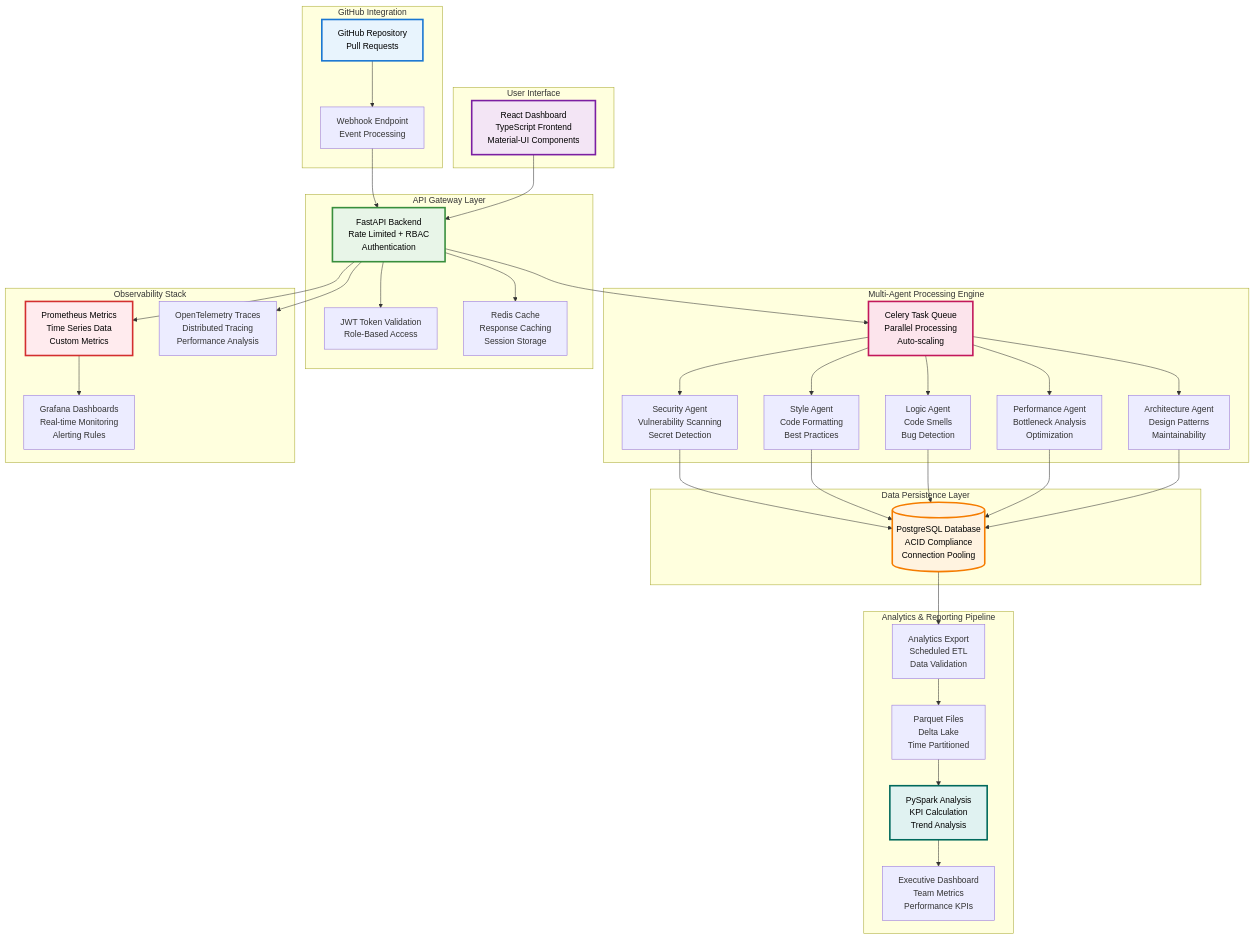
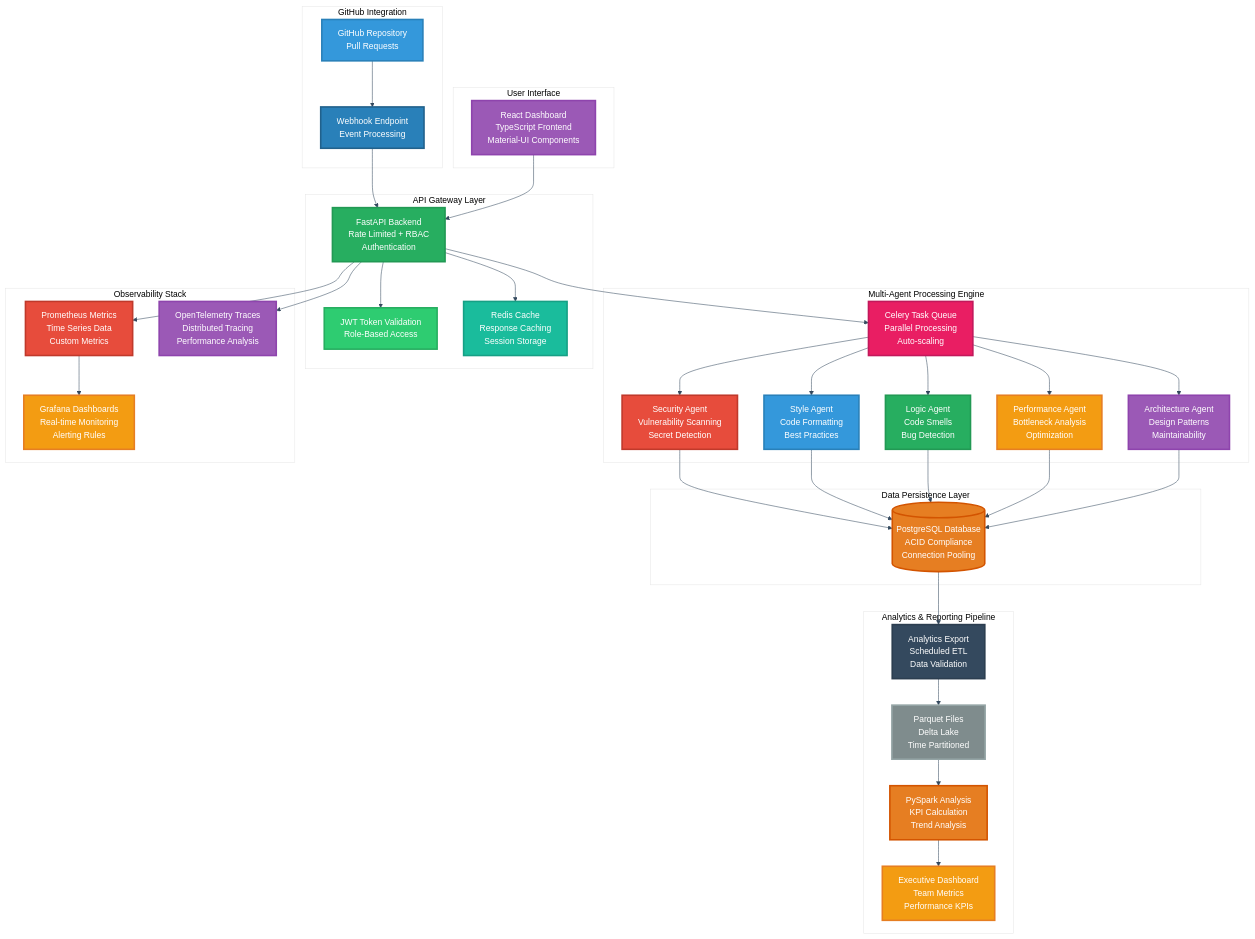
Before and after one commit to PriscillaOng12/AI-Code-Review-Squad: the third of 20 diagrams in README.md, drawn with Mermaid. The commit also changed other lines of this file, not shown here.

````diff
--- a/README.md
+++ b/README.md
@@ -75,54 +77,74 @@
 ```mermaid
+%%{init: {'theme': 'base', 'themeVariables': {'primaryColor': '#ffffff', 'primaryTextColor': '#2c3e50', 'primaryBorderColor': '#2c3e50', 'lineColor': '#34495e', 'secondaryColor': '#ffffff', 'tertiaryColor': '#ffffff', 'background': '#ffffff', 'mainBkg': '#ffffff', 'secondBkg': '#ffffff', 'tertiaryBkg': '#ffffff'}}}%%
 graph TB
     subgraph "GitHub Integration"
         GH[GitHub Repository<br/>Pull Requests] --> WH[Webhook Endpoint<br/>Event Processing]
     end
     
     subgraph "API Gateway Layer"
         WH --> API[FastAPI Backend<br/>Rate Limited + RBAC<br/>Authentication]
         API --> AUTH[JWT Token Validation<br/>Role-Based Access]
         API --> CACHE[Redis Cache<br/>Response Caching<br/>Session Storage]
     end
     
     subgraph "Multi-Agent Processing Engine"
         API --> QUEUE[Celery Task Queue<br/>Parallel Processing<br/>Auto-scaling]
         QUEUE --> AGENT1[Security Agent<br/>Vulnerability Scanning<br/>Secret Detection]
         QUEUE --> AGENT2[Style Agent<br/>Code Formatting<br/>Best Practices]
         QUEUE --> AGENT3[Logic Agent<br/>Code Smells<br/>Bug Detection]
         QUEUE --> AGENT4[Performance Agent<br/>Bottleneck Analysis<br/>Optimization]
         QUEUE --> AGENT5[Architecture Agent<br/>Design Patterns<br/>Maintainability]
     end
     
     subgraph "Data Persistence Layer"
         AGENT1 --> DB[(PostgreSQL Database<br/>ACID Compliance<br/>Connection Pooling)]
         AGENT2 --> DB
         AGENT3 --> DB
         AGENT4 --> DB
         AGENT5 --> DB
     end
     
     subgraph "Analytics & Reporting Pipeline"
         DB --> EXPORT[Analytics Export<br/>Scheduled ETL<br/>Data Validation]
         EXPORT --> PARQUET[Parquet Files<br/>Delta Lake<br/>Time Partitioned]
         PARQUET --> SPARK[PySpark Analysis<br/>KPI Calculation<br/>Trend Analysis]
         SPARK --> METRICS[Executive Dashboard<br/>Team Metrics<br/>Performance KPIs]
     end
     
     subgraph "Observability Stack"
         API --> PROM[Prometheus Metrics<br/>Time Series Data<br/>Custom Metrics]
         PROM --> GRAF[Grafana Dashboards<br/>Real-time Monitoring<br/>Alerting Rules]
         API --> OTEL[OpenTelemetry Traces<br/>Distributed Tracing<br/>Performance Analysis]
     end
     
     subgraph "User Interface"
         UI[React Dashboard<br/>TypeScript Frontend<br/>Material-UI Components] --> API
     end
     
-    style GH fill:#e8f4fd,stroke:#1976d2,stroke-width:3px,color:#000000
-    style API fill:#e8f5e8,stroke:#388e3c,stroke-width:3px,color:#000000
-    style DB fill:#fff3e0,stroke:#f57c00,stroke-width:3px,color:#000000
-    style QUEUE fill:#fce4ec,stroke:#c2185b,stroke-width:3px,color:#000000
-    style UI fill:#f3e5f5,stroke:#7b1fa2,stroke-width:3px,color:#000000
-    style SPARK fill:#e0f2f1,stroke:#00695c,stroke-width:3px,color:#000000
-    style PROM fill:#ffebee,stroke:#d32f2f,stroke-width:3px,color:#000000
+    style GH fill:#3498db,stroke:#2980b9,stroke-width:3px,color:#ffffff
+    style WH fill:#2980b9,stroke:#21618c,stroke-width:3px,color:#ffffff
+    
+    style API fill:#27ae60,stroke:#229954,stroke-width:3px,color:#ffffff
+    style AUTH fill:#2ecc71,stroke:#27ae60,stroke-width:3px,color:#ffffff
+    style CACHE fill:#1abc9c,stroke:#16a085,stroke-width:3px,color:#ffffff
+    
+    style QUEUE fill:#e91e63,stroke:#c2185b,stroke-width:3px,color:#ffffff
+    style AGENT1 fill:#e74c3c,stroke:#c0392b,stroke-width:3px,color:#ffffff
+    style AGENT2 fill:#3498db,stroke:#2980b9,stroke-width:3px,color:#ffffff
+    style AGENT3 fill:#27ae60,stroke:#229954,stroke-width:3px,color:#ffffff
+    style AGENT4 fill:#f39c12,stroke:#e67e22,stroke-width:3px,color:#ffffff
+    style AGENT5 fill:#9b59b6,stroke:#8e44ad,stroke-width:3px,color:#ffffff
+    
+    style DB fill:#e67e22,stroke:#d35400,stroke-width:3px,color:#ffffff
+    
+    style EXPORT fill:#34495e,stroke:#2c3e50,stroke-width:3px,color:#ffffff
+    style PARQUET fill:#7f8c8d,stroke:#95a5a6,stroke-width:3px,color:#ffffff
+    style SPARK fill:#e67e22,stroke:#d35400,stroke-width:3px,color:#ffffff
+    style METRICS fill:#f39c12,stroke:#e67e22,stroke-width:3px,color:#ffffff
+    
+    style PROM fill:#e74c3c,stroke:#c0392b,stroke-width:3px,color:#ffffff
+    style GRAF fill:#f39c12,stroke:#e67e22,stroke-width:3px,color:#ffffff
+    style OTEL fill:#9b59b6,stroke:#8e44ad,stroke-width:3px,color:#ffffff
+    
+    style UI fill:#9b59b6,stroke:#8e44ad,stroke-width:3px,color:#ffffff
 ```
````
